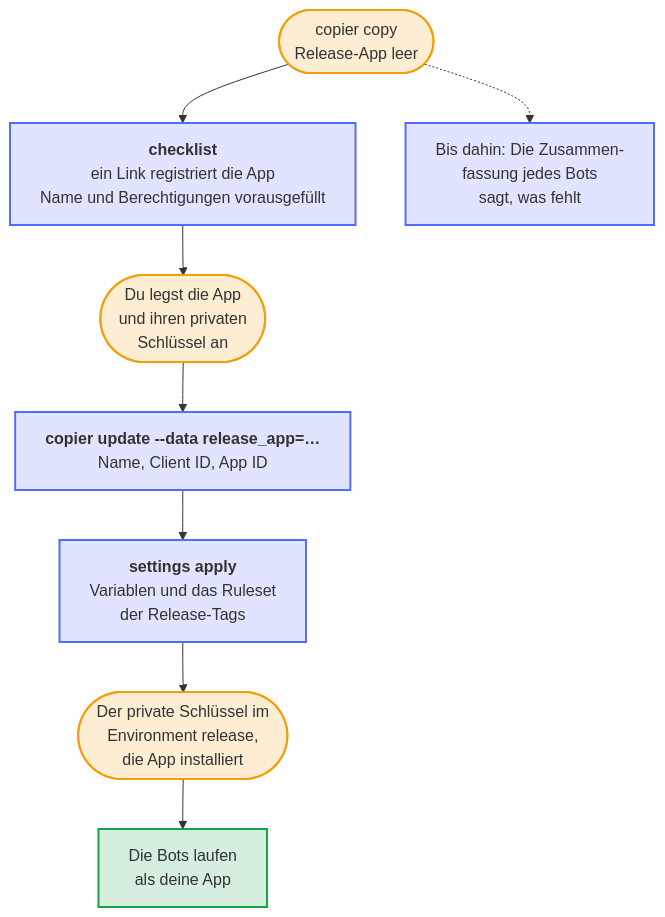
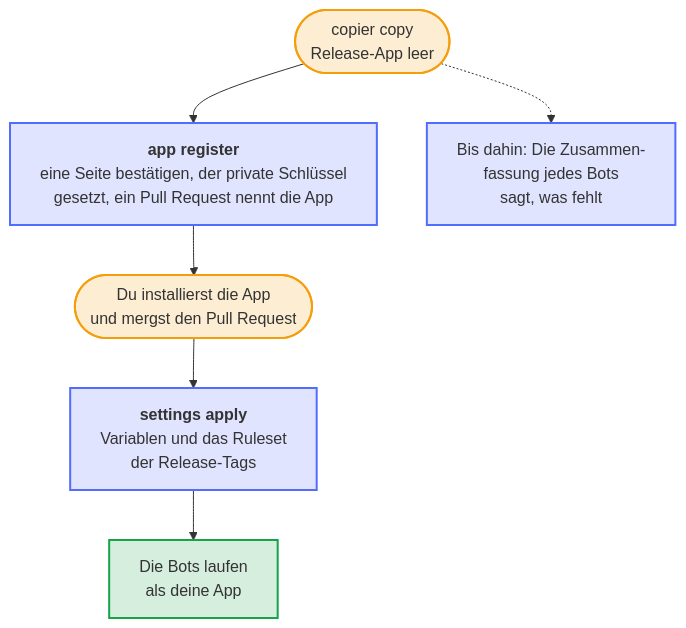
The diagram in docs/diagrams/how-an-owner-gets-a-release-app.de.mmd (Dennis-Otto/repo-blueprint), drawn with Mermaid before and after one commit. The commit also changed 35 other files, not shown here.

First line of the commit message:
fix: name app register everywhere an owner still read of the link, and check the branch first

```diff
--- a/docs/diagrams/how-an-owner-gets-a-release-app.de.mmd
+++ b/docs/diagrams/how-an-owner-gets-a-release-app.de.mmd
@@ -1,27 +1,25 @@
 ---
 config:
   flowchart:
     wrappingWidth: 400
 ---
 flowchart TB
     accTitle: Wie ein Eigentümer zu seiner Release-App kommt
-    accDescr: Du kopierst den Blueprint und lässt die Frage nach der Release-App leer. Die Checkliste verlinkt die Registrierung der App auf deinem Konto oder deiner Organisation, mit Name und Berechtigungen vorausgefüllt. Du legst die App und ihren privaten Schlüssel an und nennst sie mit copier update und dem Namen, der Client ID und der App ID ihrer Einstellungsseite. Nach dem Commit setzt settings apply die Variablen und das Ruleset der Release-Tags, und die Checkliste fragt nach dem privaten Schlüssel und der Installation auf dem Repository. Dann laufen die Bots als deine App; bis dahin sagt jeder Bot, der als sie handelt, in seiner Zusammenfassung, was fehlt.
+    accDescr: Du kopierst den Blueprint und lässt die Frage nach der Release-App leer. python3 .github/blueprint.py app register registriert die App auf deinem Konto oder deiner Organisation: Du bestätigst eine Seite, der Befehl setzt den privaten Schlüssel und öffnet den Pull Request, der die App nennt. Du installierst die App und mergst den Pull Request. Dann setzt settings apply die Variablen und das Ruleset der Release-Tags, und die Bots laufen als deine App; bis dahin sagt jeder Bot, der als sie handelt, in seiner Zusammenfassung, was fehlt.
 
     copy(["copier copy<br>Release-App leer"])
-    link["`**checklist**<br>ein Link registriert die App<br>Name und Berechtigungen vorausgefüllt`"]
-    app(["Du legst die App<br>und ihren privaten<br>Schlüssel an"])
-    named["`**copier update --data release_app=…**<br>Name, Client ID, App ID`"]
+    register["`**app register**<br>eine Seite bestätigen, der private Schlüssel<br>gesetzt, ein Pull Request nennt die App`"]
+    you(["Du installierst die App<br>und mergst den Pull Request"])
     apply["`**settings apply**<br>Variablen und das Ruleset<br>der Release-Tags`"]
-    key(["Der private Schlüssel im<br>Environment release,<br>die App installiert"])
     bots["Die Bots laufen<br>als deine App"]
     waiting["Bis dahin: Die Zusammen-<br>fassung jedes Bots<br>sagt, was fehlt"]
 
-    copy --> link --> app --> named --> apply --> key --> bots
+    copy --> register --> you --> apply --> bots
     copy -.-> waiting
 
     classDef bot fill:#526cfe2e,stroke:#526cfe,stroke-width:2px
     classDef person fill:#f59e0b2e,stroke:#f59e0b,stroke-width:2px
     classDef done fill:#16a34a2e,stroke:#16a34a,stroke-width:2px
-    class link,named,apply,waiting bot
-    class copy,app,key person
+    class register,apply,waiting bot
+    class copy,you person
     class bots done
```
